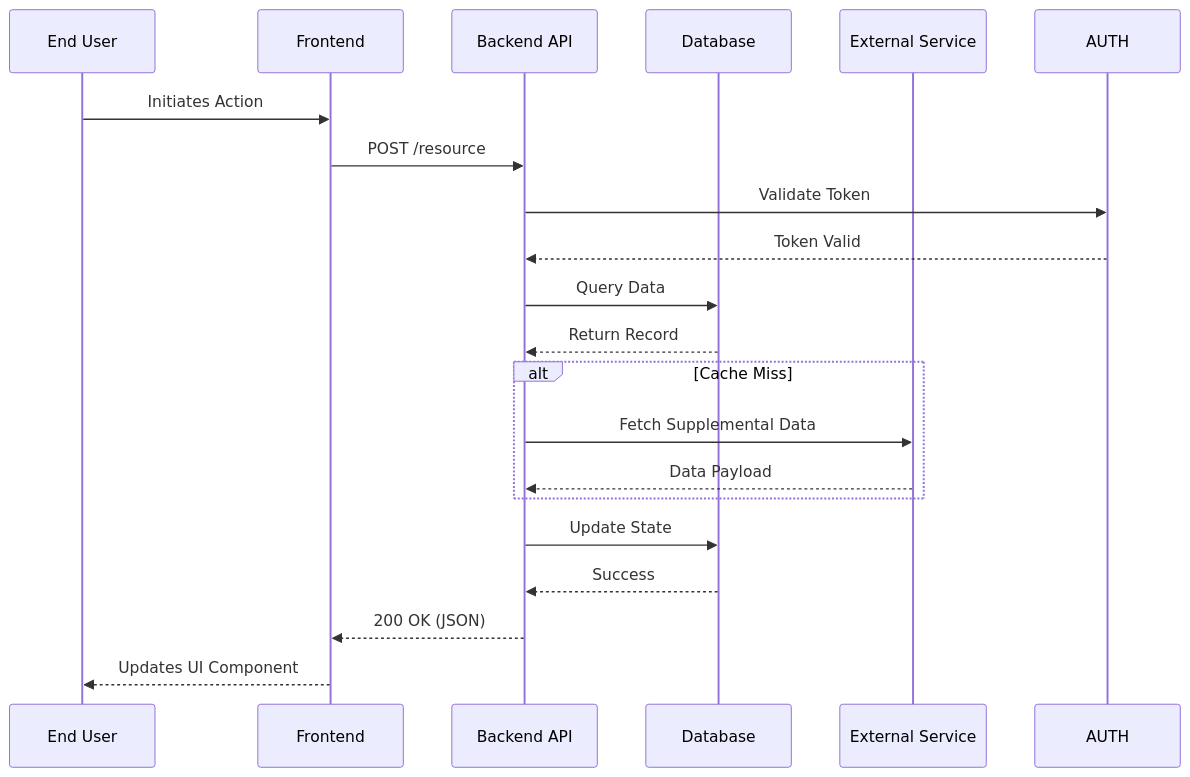
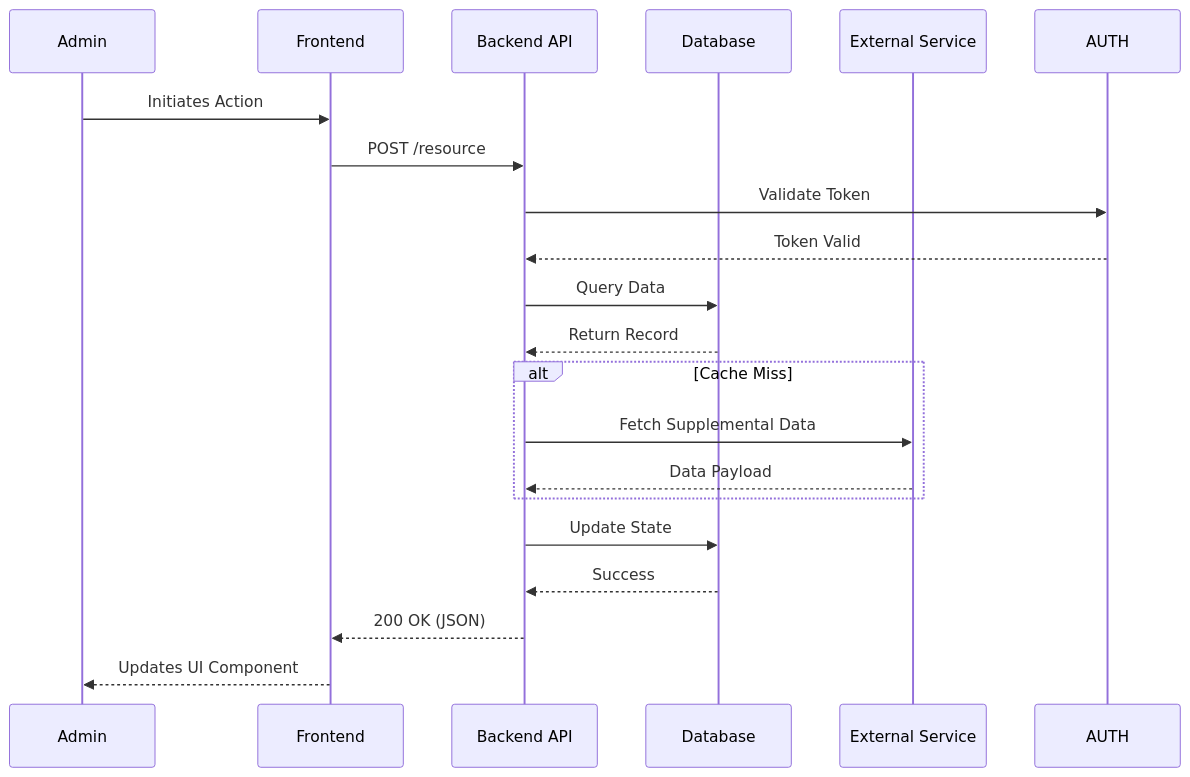
The diagram in backend/beta/static/Online_Appointment_Scheduling_System_sequence_diagram.mmd (nilo-yinc/DocuVerse), drawn with Mermaid before and after one commit. The commit also changed 28 other files, not shown here.

Commit message:
feat: introduce core utilities for AI content generation, session management, and Mermaid diagram processing.

```diff
--- a/backend/beta/static/Online_Appointment_Scheduling_System_sequence_diagram.mmd
+++ b/backend/beta/static/Online_Appointment_Scheduling_System_sequence_diagram.mmd
@@ -1,21 +1,21 @@
 sequenceDiagram
-    participant U as End User
+    participant U as Admin
     participant FE as Frontend
     participant API as Backend API
     participant DB as Database
     participant EXT as External Service
 
     U->>FE: Initiates Action
     FE->>API: POST /resource
     API->>AUTH: Validate Token
     AUTH-->>API: Token Valid
     API->>DB: Query Data
     DB-->>API: Return Record
     alt Cache Miss
         API->>EXT: Fetch Supplemental Data
         EXT-->>API: Data Payload
     end
     API->>DB: Update State
     DB-->>API: Success
     API-->>FE: 200 OK (JSON)
     FE-->>U: Updates UI Component
```
